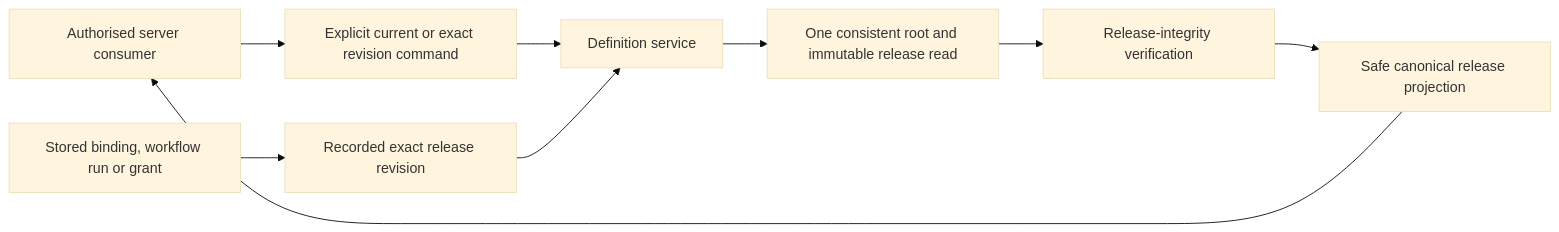
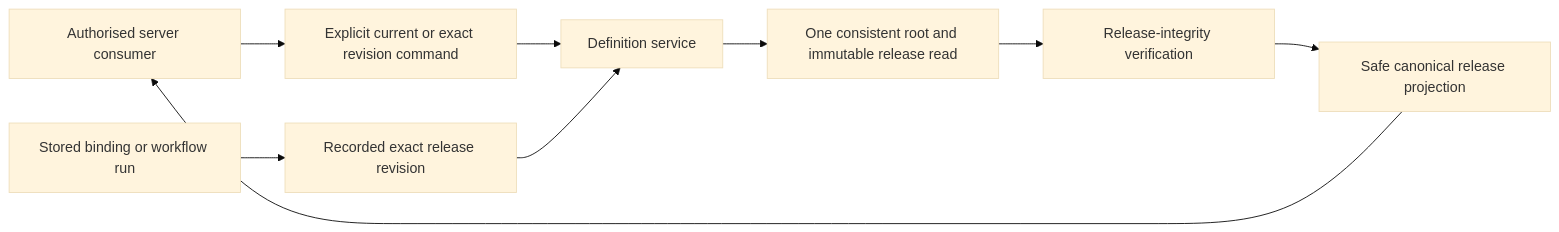
One commit to Abzum-NZ/Abzum-Vortex changed the fourth of 7 diagrams in docs/specification/03-composition-and-publication.md. Above: the diagram before and after it, drawn with Mermaid (base theme). The commit also changed other lines of this file and 50 other files, not shown here.

````diff
--- a/docs/specification/03-composition-and-publication.md
+++ b/docs/specification/03-composition-and-publication.md
@@ -113,11 +113,11 @@
 ```mermaid
 flowchart LR
     C[Authorised server consumer] --> R[Explicit current or exact revision command]
     R --> D[Definition service]
     D --> S[One consistent root and immutable release read]
     S --> V[Release-integrity verification]
     V --> P[Safe canonical release projection]
     P --> C
-    X[Stored binding, workflow run or grant] --> E[Recorded exact release revision]
+    X[Stored binding or workflow run] --> E[Recorded exact release revision]
     E --> D
 ```
````
